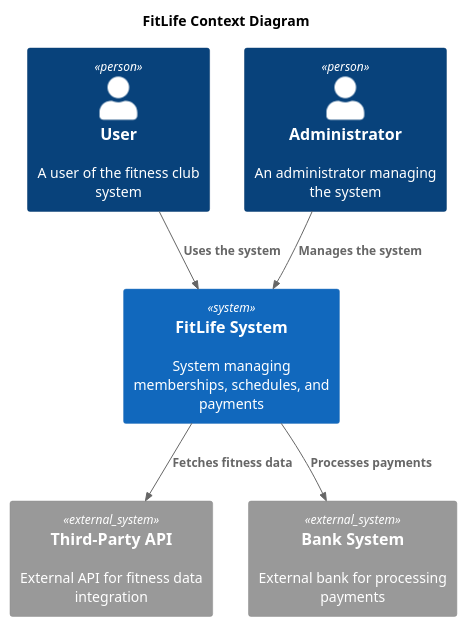
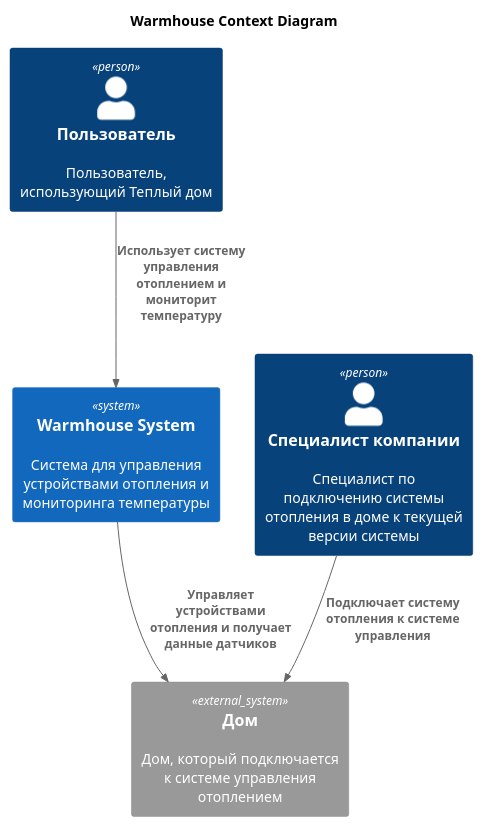
The diagram in Context.puml (aklightcode/warmhouse), drawn with PlantUML before and after one commit. The commit also changed 2 other files, not shown here.

Commit message:
Feature: added container diagram

```diff
--- a/Context.puml
+++ b/Context.puml
@@ -1,20 +1,19 @@
 @startuml
-title FitLife Context Diagram
+title Warmhouse Context Diagram
 
 top to bottom direction
 
 !includeurl https://raw.githubusercontent.com/RicardoNiepel/C4-PlantUML/master/C4_Component.puml
 
-Person(user, "User", "A user of the fitness club system")
-Person(admin, "Administrator", "An administrator managing the system")
-System(FitLifeSystem, "FitLife System", "System managing memberships, schedules, and payments")
+Person(user, "Пользователь", "Пользователь, использующий Теплый дом")
+Person(admin, "Специалист компании", "Специалист по подключению системы отопления в доме к текущей версии системы")
+System(WarmhouseSystem, "Warmhouse System", "Система для управления устройствами отопления и мониторинга температуры")
 
-System_Ext(api, "Third-Party API", "External API for fitness data integration")
-System_Ext(bank, "Bank System", "External bank for processing payments")
+System_Ext(house, "Дом", "Дом, который подключается к системе управления отоплением")
 
-Rel(user, FitLifeSystem, "Uses the system")
-Rel(admin,FitLifeSystem,"Manages the system")
-Rel(FitLifeSystem,api,"Fetches fitness data")
-Rel(FitLifeSystem,bank,"Processes payments")
+Rel(user, WarmhouseSystem, "Использует систему управления отоплением и мониторит температуру")
+Rel(admin,house,"Подключает систему отопления к системе управления")
+Rel(WarmhouseSystem,house,"Управляет устройствами отопления и получает данные датчиков")
+
 
 @enduml
```
